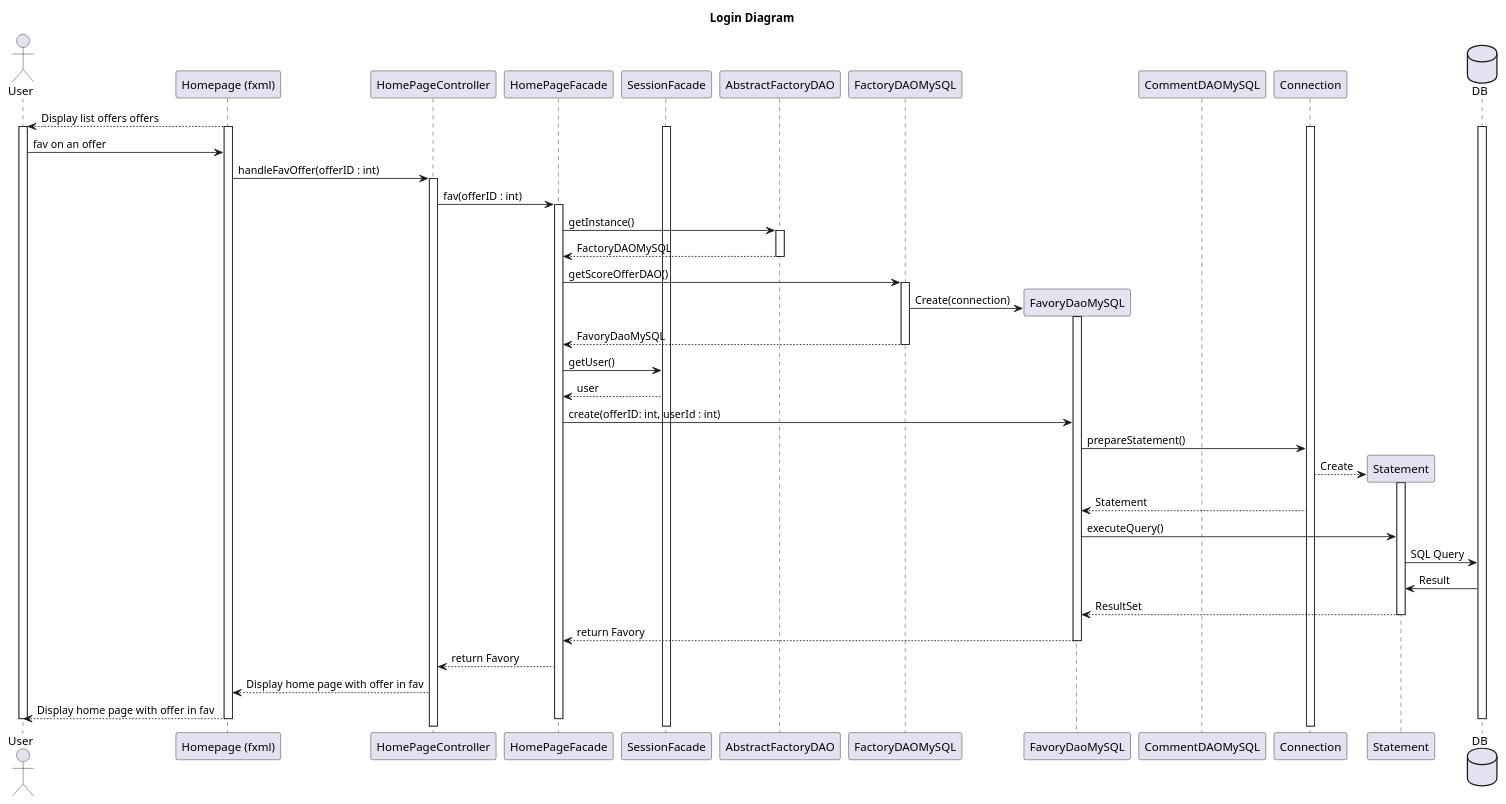
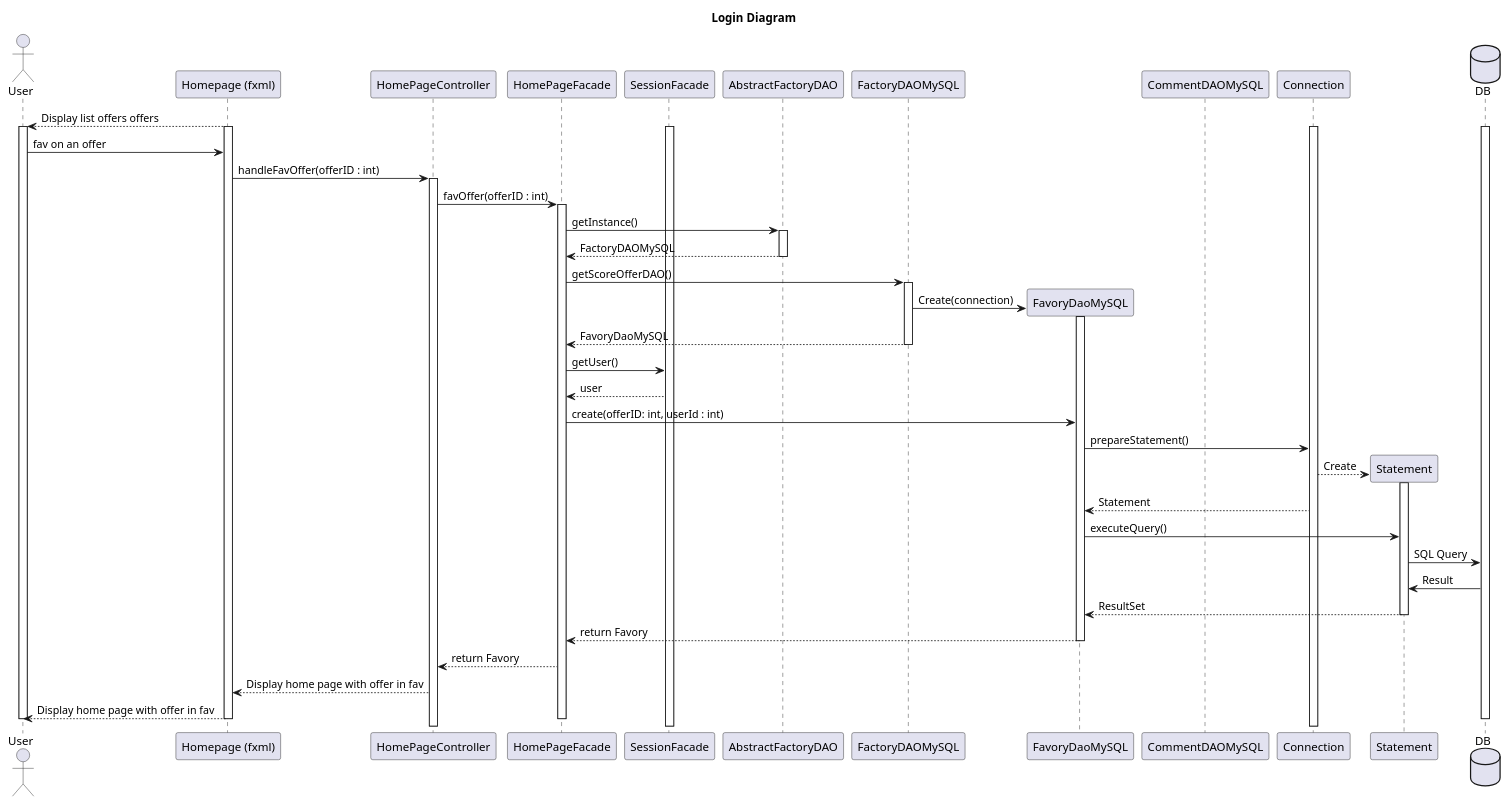
The diagram in documents/diagram/homePage/favorySequence.puml (LaunoisRemy/ToolShare), drawn with PlantUML before and after one commit. The commit also changed 1 other file, not shown here.

Commit message:
UML : add attribute FXML offerClass.puml

```diff
--- a/documents/diagram/homePage/favorySequence.puml
+++ b/documents/diagram/homePage/favorySequence.puml
@@ -1,96 +1,96 @@
 @startuml
 title Login Diagram
 
 actor User
 participant "Homepage (fxml)"
 participant HomePageController
 participant HomePageFacade
 participant SessionFacade
 participant AbstractFactoryDAO
 participant FactoryDAOMySQL
 participant FavoryDaoMySQL
 participant CommentDAOMySQL
 participant Connection
 participant Statement
 database DB
 
 
 "Homepage (fxml)"-->User: Display list offers offers
 
 activate "Homepage (fxml)"
 activate User
 activate DB
 activate SessionFacade
 activate Connection
 
 User->"Homepage (fxml)": fav on an offer
 
 "Homepage (fxml)"-> HomePageController: handleFavOffer(offerID : int)
 
 activate HomePageController
 
-HomePageController->HomePageFacade: fav(offerID : int)
+HomePageController->HomePageFacade: favOffer(offerID : int)
 
 
 
 activate HomePageFacade
 
 HomePageFacade->AbstractFactoryDAO:getInstance()
 activate AbstractFactoryDAO
 
 
 AbstractFactoryDAO--> HomePageFacade : FactoryDAOMySQL
 deactivate AbstractFactoryDAO
 
 HomePageFacade -> FactoryDAOMySQL:getScoreOfferDAO()
 
 activate FactoryDAOMySQL
 
 FactoryDAOMySQL->FavoryDaoMySQL **:Create(connection)
 
 activate FavoryDaoMySQL
 FactoryDAOMySQL-->HomePageFacade:FavoryDaoMySQL
 
 deactivate FactoryDAOMySQL
 HomePageFacade -> SessionFacade : getUser()
 SessionFacade --> HomePageFacade : user
 HomePageFacade->FavoryDaoMySQL: create(offerID: int, userId : int)
 
 FavoryDaoMySQL->Connection: prepareStatement()
 
 
 Connection-->Statement **: Create
 
 activate Statement
 
 Connection-->FavoryDaoMySQL: Statement
 
 
 
 FavoryDaoMySQL->Statement:executeQuery()
 
 Statement->DB: SQL Query
 
 DB->Statement:Result
 
 Statement-->FavoryDaoMySQL: ResultSet
 
 deactivate Statement
 
 FavoryDaoMySQL-->HomePageFacade: return Favory
 deactivate FavoryDaoMySQL
 
 
 HomePageFacade --> HomePageController : return Favory
 
 
 
 
 HomePageController-->"Homepage (fxml)": Display home page with offer in fav
 "Homepage (fxml)" --> User : Display home page with offer in fav
 deactivate HomePageFacade
 deactivate "Homepage (fxml)"
 deactivate DB
 deactivate User
 
 @enduml
```
